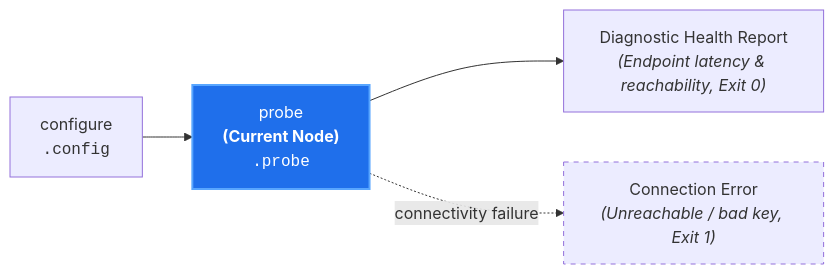
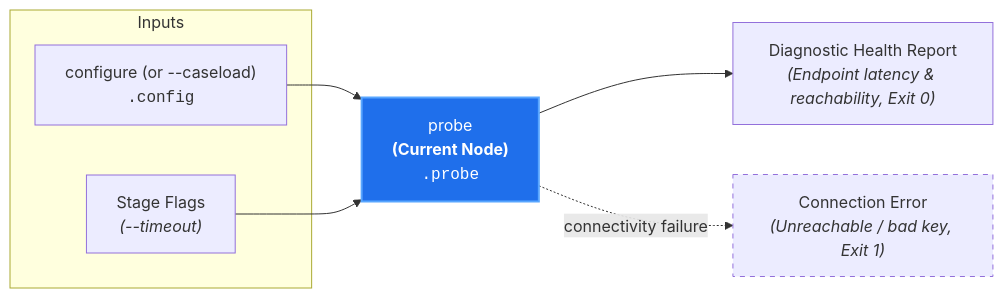
The diagram in docs/architecture/nodes/probe.md (PAIR-code/canon-clerk), drawn with Mermaid before and after one commit. The commit also changed 8 other files, not shown here.

Commit message:
docs(architecture): enrich localized node diagrams with stage flags and caseload inputs

````diff
--- a/docs/architecture/nodes/probe.md
+++ b/docs/architecture/nodes/probe.md
@@ -21,10 +21,16 @@
 ```mermaid
 flowchart LR
-    Config["configure<br/><code>.config</code>"] --> Probe["probe<br/><b>(Current Node)</b><br/><code>.probe</code>"]
+    subgraph Inputs["Inputs"]
+        Config["configure (or --caseload)<br/><code>.config</code>"]
+        Params["Stage Flags<br/><i>(--timeout)</i>"]
+    end
+
+    Config --> Probe["probe<br/><b>(Current Node)</b><br/><code>.probe</code>"]
+    Params --> Probe
 
     Probe --> Report["Diagnostic Health Report<br/><i>(Endpoint latency & reachability, Exit 0)</i>"]
     Probe -. "connectivity failure" .-> Failure["Connection Error<br/><i>(Unreachable / bad key, Exit 1)</i>"]
 
     style Probe fill:#1f6feb,stroke:#58a6ff,stroke-width:2px,color:#fff
     style Failure stroke-dasharray: 5 5
 ```
````
